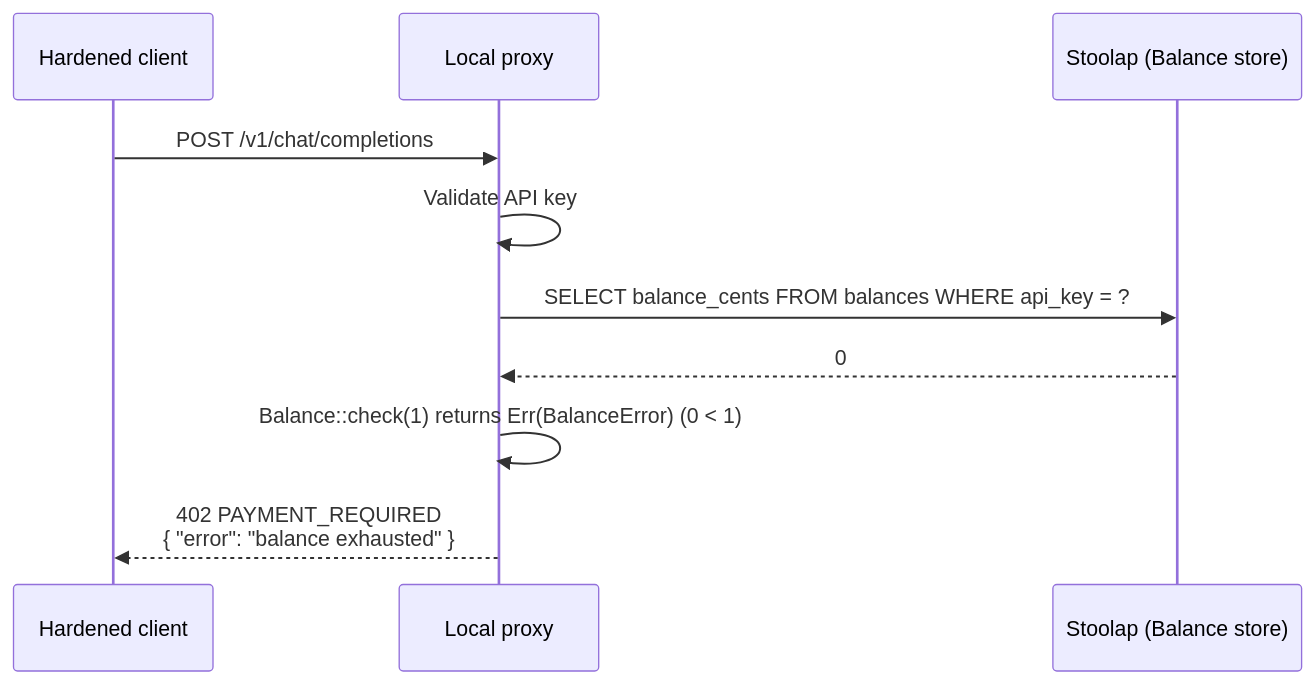
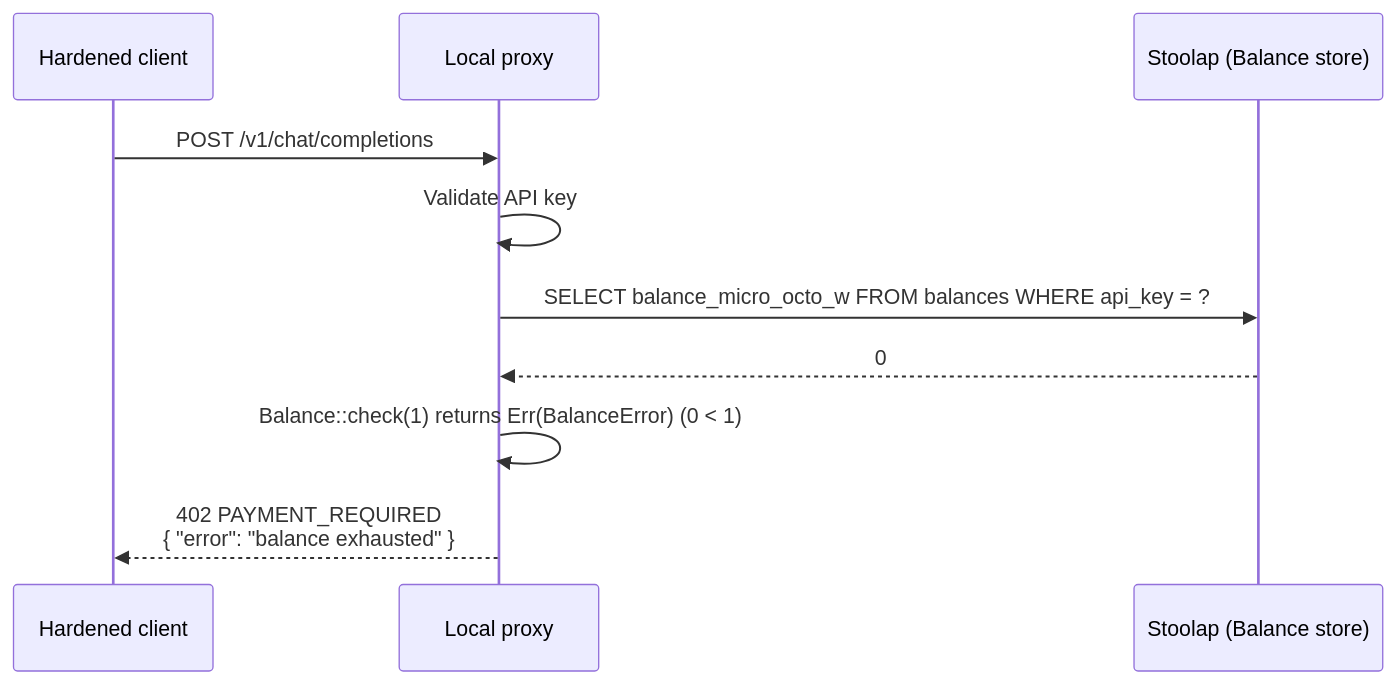
One commit to CipherOcto/cipherocto changed the fourth of 14 diagrams in docs/architecture/end-to-end-scenarios.md. Above: the diagram before and after it, drawn with Mermaid. The commit also changed other lines of this file, not shown here.

First line of the commit message:
docs(architecture): round 8 review fixes (cents→micro_octo_w, TrustRegistry, MaxPerTx tuple, markdown)

````diff
--- a/docs/architecture/end-to-end-scenarios.md
+++ b/docs/architecture/end-to-end-scenarios.md
@@ -204,13 +205,13 @@
 ```mermaid
 sequenceDiagram
     participant C as Hardened client
     participant P as Local proxy
     participant DB as Stoolap (Balance store)
 
     C->>P: POST /v1/chat/completions
     P->>P: Validate API key
-    P->>DB: SELECT balance_cents FROM balances WHERE api_key = ?
+    P->>DB: SELECT balance_micro_octo_w FROM balances WHERE api_key = ?
     DB-->>P: 0
     P->>P: Balance::check(1) returns Err(BalanceError) (0 < 1)
     P-->>C: 402 PAYMENT_REQUIRED<br/>{ "error": "balance exhausted" }
 ```
````
